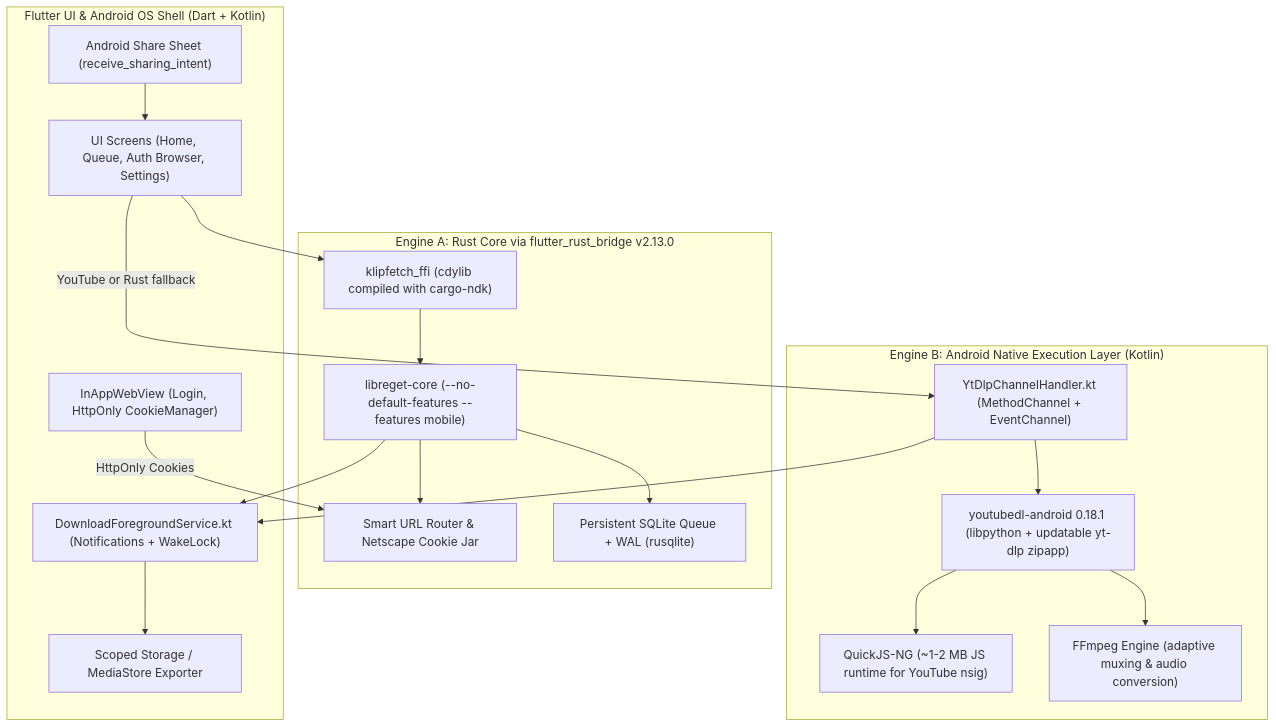
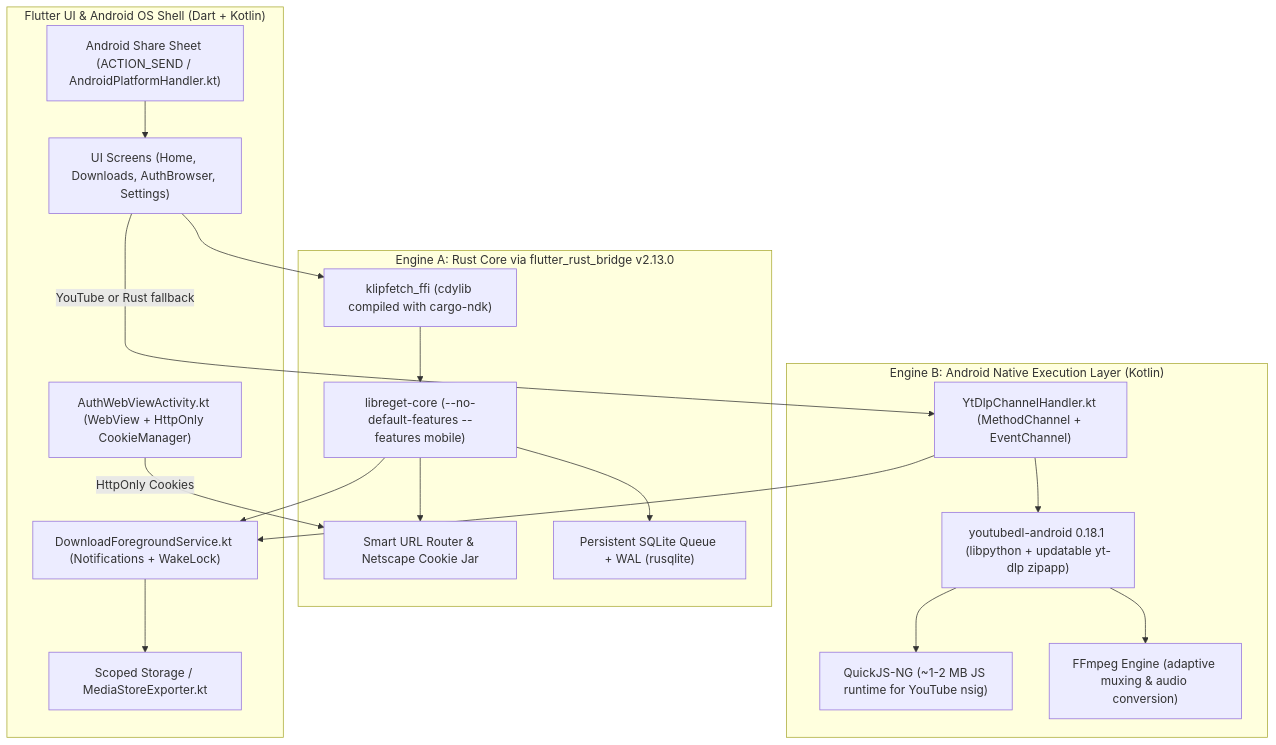
One commit to fyou00/klipfetch changed the diagram in README.md. Above: the diagram before and after it, drawn with Mermaid. The commit also changed other lines of this file and 3 other files, not shown here.

````diff
--- a/README.md
+++ b/README.md
@@ -30,40 +30,40 @@
 ```mermaid
 flowchart TD
     subgraph UI["Flutter UI & Android OS Shell (Dart + Kotlin)"]
-        Screens["UI Screens (Home, Queue, Auth Browser, Settings)"]
-        Share["Android Share Sheet (receive_sharing_intent)"]
-        WebView["InAppWebView (Login, HttpOnly CookieManager)"]
+        Screens["UI Screens (Home, Downloads, AuthBrowser, Settings)"]
+        Share["Android Share Sheet (ACTION_SEND / AndroidPlatformHandler.kt)"]
+        WebView["AuthWebViewActivity.kt (WebView + HttpOnly CookieManager)"]
         FgService["DownloadForegroundService.kt (Notifications + WakeLock)"]
-        MediaStore["Scoped Storage / MediaStore Exporter"]
+        MediaStore["Scoped Storage / MediaStoreExporter.kt"]
     end
 
     subgraph RustFFI["Engine A: Rust Core via flutter_rust_bridge v2.13.0"]
         Bridge["klipfetch_ffi (cdylib compiled with cargo-ndk)"]
         Core["libreget-core (--no-default-features --features mobile)"]
         Router["Smart URL Router & Netscape Cookie Jar"]
         QueueDB["Persistent SQLite Queue + WAL (rusqlite)"]
     end
 
     subgraph AndroidNative["Engine B: Android Native Execution Layer (Kotlin)"]
         Channels["YtDlpChannelHandler.kt (MethodChannel + EventChannel)"]
         YTDLP["youtubedl-android 0.18.1 (libpython + updatable yt-dlp zipapp)"]
         JS["QuickJS-NG (~1-2 MB JS runtime for YouTube nsig)"]
         FFmpeg["FFmpeg Engine (adaptive muxing & audio conversion)"]
     end
 
     Share --> Screens
     Screens --> Bridge
     WebView -- "HttpOnly Cookies" --> Router
     Bridge --> Core
     Core --> Router
     Core --> QueueDB
 
     Screens -- "YouTube or Rust fallback" --> Channels
     Channels --> YTDLP
     YTDLP --> JS
     YTDLP --> FFmpeg
 
     Core --> FgService
     Channels --> FgService
     FgService --> MediaStore
 ```
````
